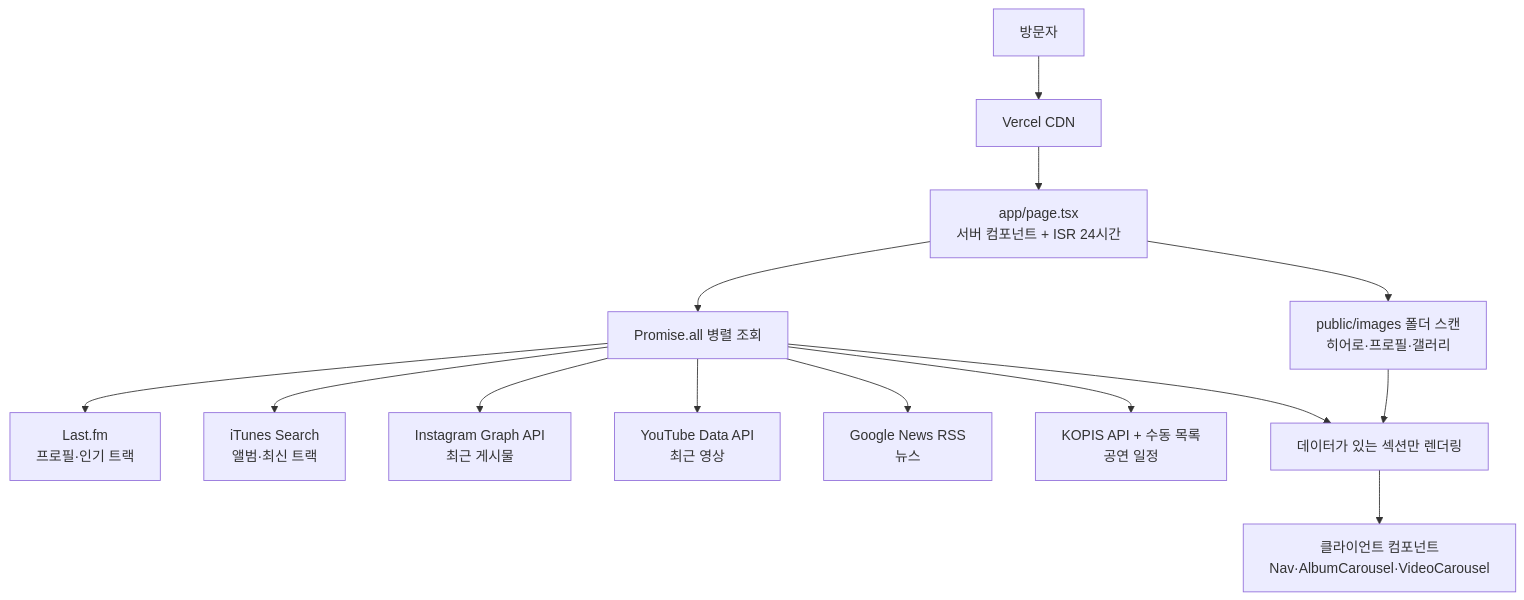
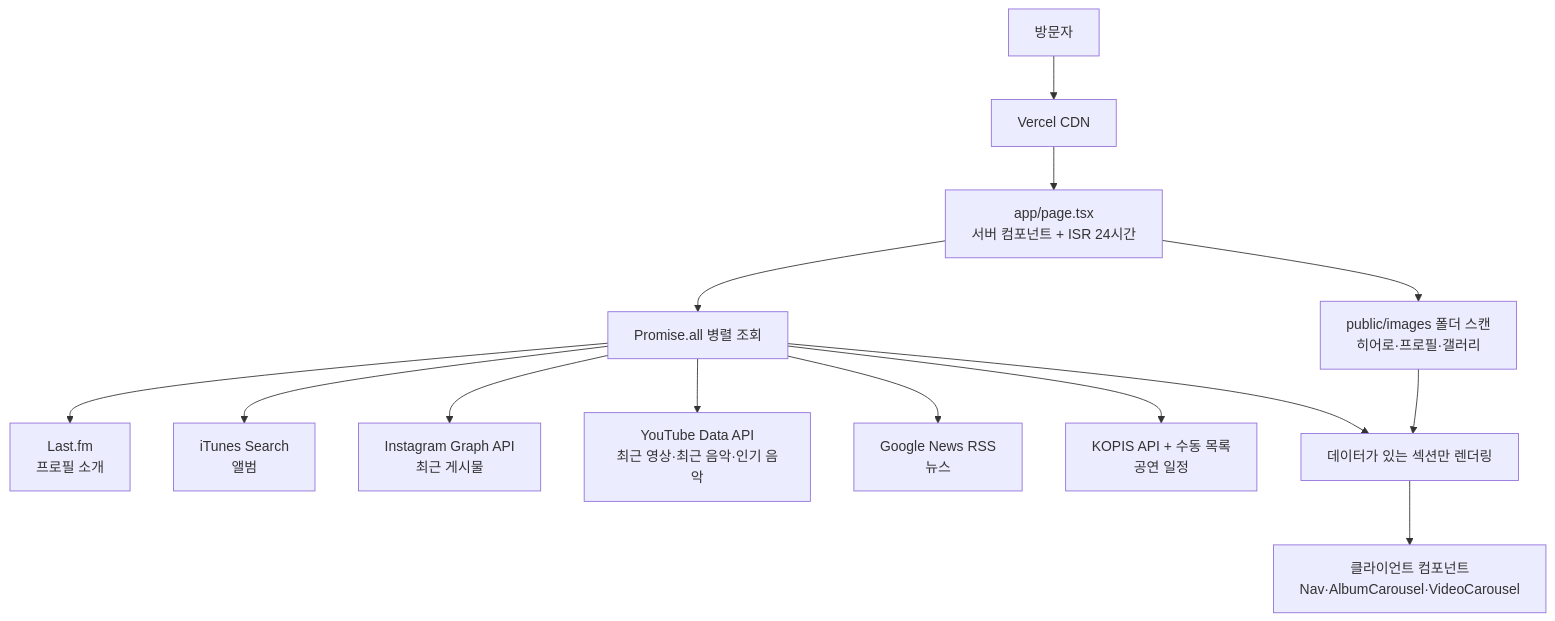
Before and after one commit to TaeyeonKim92/isaac-hong-fan: the diagram in SITE_MANAGEMENT_GUIDE.md, drawn with Mermaid. The commit also changed other lines of this file and 3 other files, not shown here.

Commit message:
feat: add YouTube Music discovery

````diff
--- a/SITE_MANAGEMENT_GUIDE.md
+++ b/SITE_MANAGEMENT_GUIDE.md
@@ -23,16 +23,16 @@
 ```mermaid
 flowchart TD
     U[방문자] --> V[Vercel CDN]
     V --> P[app/page.tsx<br/>서버 컴포넌트 + ISR 24시간]
     P --> A[Promise.all 병렬 조회]
-    A --> LF[Last.fm<br/>프로필·인기 트랙]
-    A --> IT[iTunes Search<br/>앨범·최신 트랙]
+    A --> LF[Last.fm<br/>프로필 소개]
+    A --> IT[iTunes Search<br/>앨범]
     A --> IG[Instagram Graph API<br/>최근 게시물]
-    A --> YT[YouTube Data API<br/>최근 영상]
+    A --> YT[YouTube Data API<br/>최근 영상·최근 음악·인기 음악]
     A --> GN[Google News RSS<br/>뉴스]
     A --> KP[KOPIS API + 수동 목록<br/>공연 일정]
     P --> FS[public/images 폴더 스캔<br/>히어로·프로필·갤러리]
     A --> R[데이터가 있는 섹션만 렌더링]
     FS --> R
     R --> C[클라이언트 컴포넌트<br/>Nav·AlbumCarousel·VideoCarousel]
 ```
````
